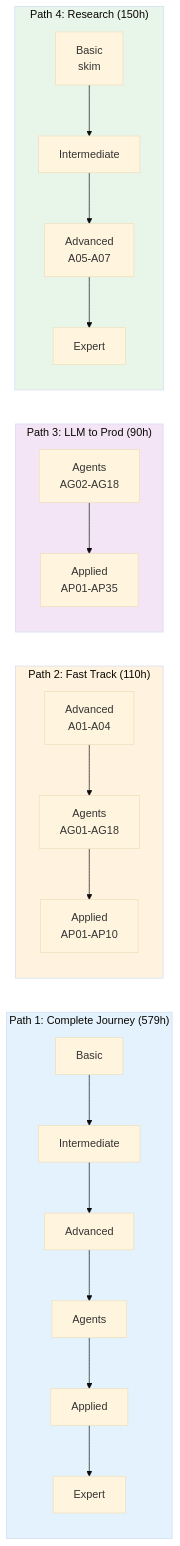
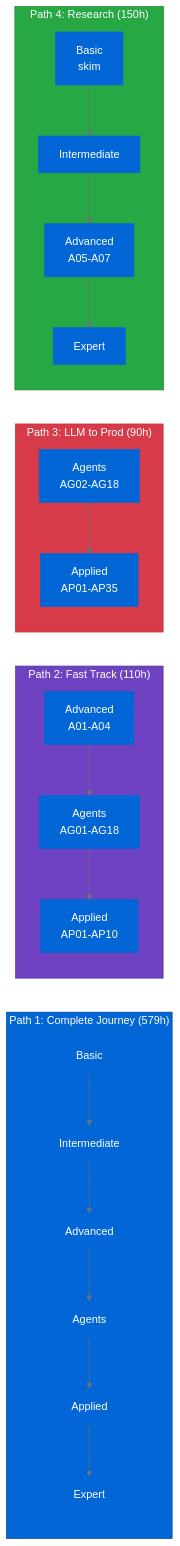
Before and after one commit to nexageapps/AI: the second of 21 diagrams in README.md, drawn with Mermaid. The commit also changed other lines of this file and 1 other file, not shown here.

````diff
--- a/README.md
+++ b/README.md
@@ -78,31 +80,31 @@
 ```mermaid
-%%{init: {'theme':'base', 'themeVariables': { 'fontSize':'16px'}}}%%
+%%{init: {'theme':'base', 'themeVariables': {'primaryColor':'#0366d6','primaryTextColor':'#fff','primaryBorderColor':'#0366d6','lineColor':'#6a737d','secondaryColor':'#0366d6','fontSize':'16px'}}}%%
 flowchart LR
     subgraph Path1["Path 1: Complete Journey (579h)"]
         P1A[Basic] --> P1B[Intermediate]
         P1B --> P1C[Advanced]
         P1C --> P1D[Agents]
         P1D --> P1E[Applied]
         P1E --> P1F[Expert]
     end
     
     subgraph Path2["Path 2: Fast Track (110h)"]
         P2A[Advanced<br/>A01-A04] --> P2B[Agents<br/>AG01-AG18]
         P2B --> P2C[Applied<br/>AP01-AP10]
     end
     
     subgraph Path3["Path 3: LLM to Prod (90h)"]
         P3A[Agents<br/>AG02-AG18] --> P3B[Applied<br/>AP01-AP35]
     end
     
     subgraph Path4["Path 4: Research (150h)"]
         P4A[Basic<br/>skim] --> P4B[Intermediate]
         P4B --> P4C[Advanced<br/>A05-A07]
         P4C --> P4D[Expert]
     end
     
-    style Path1 fill:#e3f2fd
-    style Path2 fill:#fff3e0
-    style Path3 fill:#f3e5f5
-    style Path4 fill:#e8f5e9
+    style Path1 fill:#0366d6,stroke:#044289,color:#fff
+    style Path2 fill:#6f42c1,stroke:#5a32a3,color:#fff
+    style Path3 fill:#d73a49,stroke:#cb2431,color:#fff
+    style Path4 fill:#28a745,stroke:#22863a,color:#fff
 ```
````
